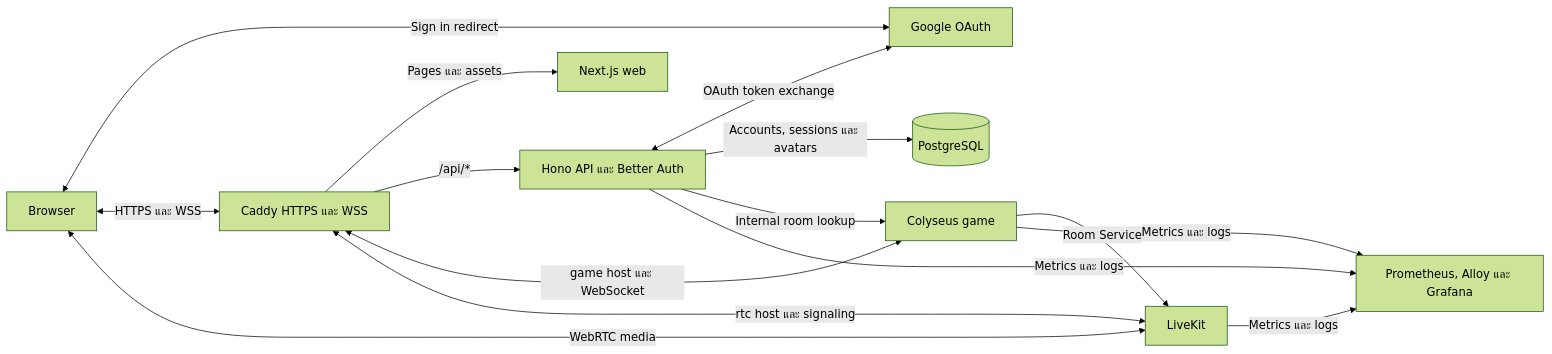
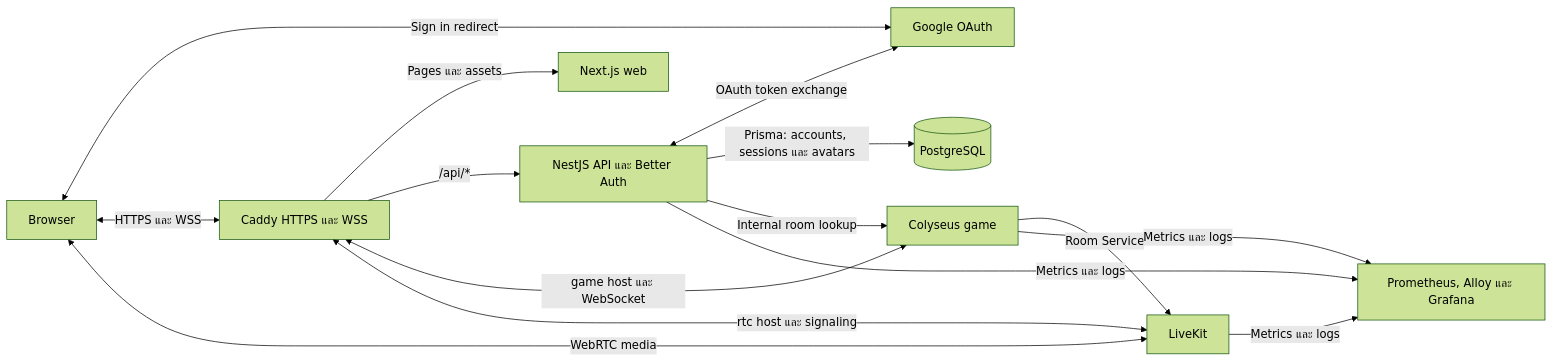
One commit to Nutchanon-TR/mini-connecta changed the diagram in docx/02-system-design/README.md. Above: the diagram before and after it, drawn with Mermaid (forest theme). The commit also changed other lines of this file and 6 other files, not shown here.

```diff
--- a/docx/02-system-design/README.md
+++ b/docx/02-system-design/README.md
@@ -33,26 +33,26 @@
 ~~~mermaid
 flowchart LR
     Browser["Browser"]
     Google["Google OAuth"]
     Edge["Caddy HTTPS และ WSS"]
     Web["Next.js web"]
-    API["Hono API และ Better Auth"]
+    API["NestJS API และ Better Auth"]
     Game["Colyseus game"]
     Voice["LiveKit"]
     DB[("PostgreSQL")]
     Obs["Prometheus, Alloy และ Grafana"]
     Browser <-->|"Sign in redirect"| Google
     API <-->|"OAuth token exchange"| Google
     Browser <-->|"HTTPS และ WSS"| Edge
     Edge -->|"Pages และ assets"| Web
     Edge -->|"/api/*"| API
     Edge <-->|"game host และ WebSocket"| Game
     Edge <-->|"rtc host และ signaling"| Voice
     Browser <-->|"WebRTC media"| Voice
-    API -->|"Accounts, sessions และ avatars"| DB
+    API -->|"Prisma: accounts, sessions และ avatars"| DB
     API -->|"Internal room lookup"| Game
     Game -->|"Room Service"| Voice
     API -->|"Metrics และ logs"| Obs
     Game -->|"Metrics และ logs"| Obs
     Voice -->|"Metrics และ logs"| Obs
 ~~~
```
